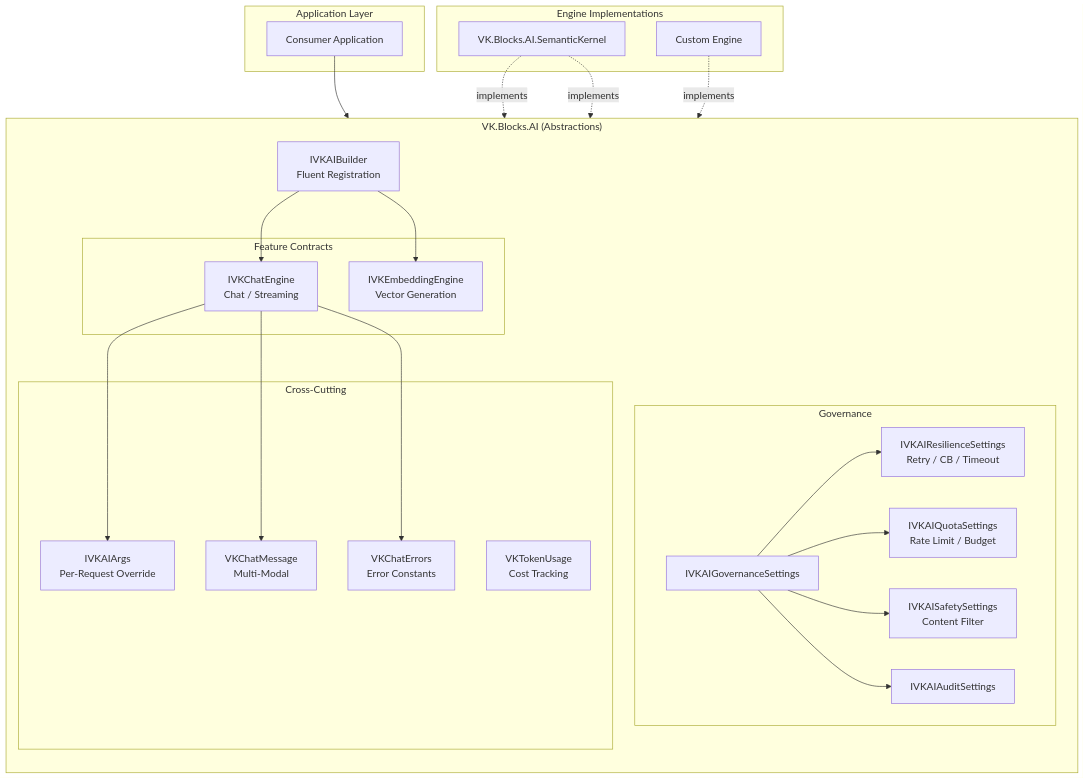
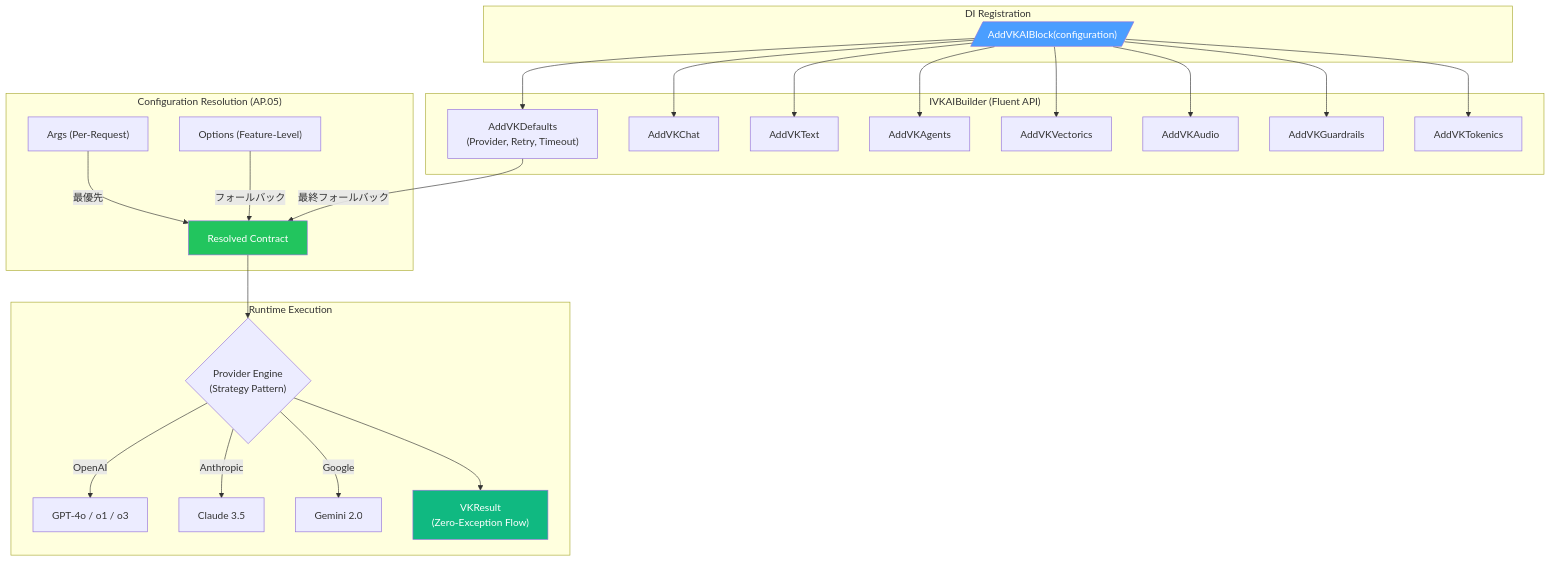
The diagram in src/BuildingBlocks/AI/README.md (ViktorLK/VK-Common-BE), drawn with Mermaid before and after one commit. The commit also changed other lines of this file and 295 other files, not shown here.

````diff
--- a/src/BuildingBlocks/AI/README.md
+++ b/src/BuildingBlocks/AI/README.md
@@ -37,50 +59,35 @@
 ```mermaid
-graph TB
-    subgraph "Application Layer"
-        APP["Consumer Application"]
+flowchart TB
+    subgraph Entry ["DI Registration"]
+        Block[/"AddVKAIBlock(configuration)"/]
     end
 
-    subgraph "VK.Blocks.AI (Abstractions)"
-        direction TB
-        BUILDER["IVKAIBuilder<br/>Fluent Registration"]
-        
-        subgraph "Feature Contracts"
-            CHAT["IVKChatEngine<br/>Chat / Streaming"]
-            EMB["IVKEmbeddingEngine<br/>Vector Generation"]
-        end
-
-        subgraph "Governance"
-            GOV["IVKAIGovernanceSettings"]
-            RES["IVKAIResilienceSettings<br/>Retry / CB / Timeout"]
-            QUOTA["IVKAIQuotaSettings<br/>Rate Limit / Budget"]
-            SAFETY["IVKAISafetySettings<br/>Content Filter"]
-            AUDIT["IVKAIAuditSettings"]
-        end
-
-        subgraph "Cross-Cutting"
-            ARGS["IVKAIArgs<br/>Per-Request Override"]
-            MSG["VKChatMessage<br/>Multi-Modal"]
-            ERR["VKChatErrors<br/>Error Constants"]
-            TOKEN["VKTokenUsage<br/>Cost Tracking"]
-        end
+    subgraph Builder ["IVKAIBuilder (Fluent API)"]
+        Block --> Defaults["AddVKDefaults<br/>(Provider, Retry, Timeout)"]
+        Block --> Chat["AddVKChat"]
+        Block --> Text["AddVKText"]
+        Block --> Agents["AddVKAgents"]
+        Block --> Vectorics["AddVKVectorics"]
+        Block --> Audio["AddVKAudio"]
+        Block --> Guardrails["AddVKGuardrails"]
+        Block --> Tokenics["AddVKTokenics"]
     end
 
-    subgraph "Engine Implementations"
-        SK["VK.Blocks.AI.SemanticKernel"]
-        CUSTOM["Custom Engine"]
+    subgraph Resolution ["Configuration Resolution (AP.05)"]
+        Args["Args (Per-Request)"] -->|最優先| Resolved["Resolved Contract"]
+        Options["Options (Feature-Level)"] -->|フォールバック| Resolved
+        Defaults -->|最終フォールバック| Resolved
     end
 
-    APP --> BUILDER
-    BUILDER --> CHAT
-    BUILDER --> EMB
-    CHAT --> MSG
-    CHAT --> ARGS
-    CHAT --> ERR
-    GOV --> RES
-    GOV --> QUOTA
-    GOV --> SAFETY
-    GOV --> AUDIT
-    SK -.->|implements| CHAT
-    SK -.->|implements| EMB
-    CUSTOM -.->|implements| CHAT
+    subgraph Execution ["Runtime Execution"]
+        Resolved --> Engine{"Provider Engine<br/>(Strategy Pattern)"}
+        Engine -->|OpenAI| OAI["GPT-4o / o1 / o3"]
+        Engine -->|Anthropic| ANT["Claude 3.5"]
+        Engine -->|Google| GEM["Gemini 2.0"]
+        Engine --> Result["VKResult<T><br/>(Zero-Exception Flow)"]
+    end
+
+    style Block fill:#4a9eff,color:#fff
+    style Resolved fill:#22c55e,color:#fff
+    style Result fill:#10b981,color:#fff
 ```
````
